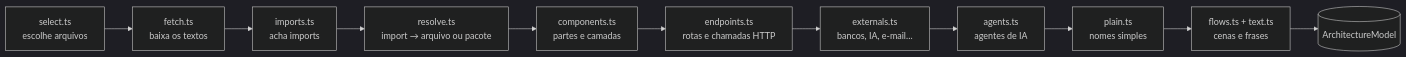
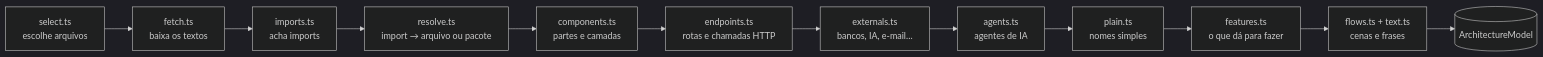
One commit to Yourdevdaniel/repartments changed the diagram in docs/analise.md. Above: the diagram before and after it, drawn with Mermaid (dark theme). The commit also changed other lines of this file and 4 other files, not shown here.

````diff
--- a/docs/analise.md
+++ b/docs/analise.md
@@ -5,13 +5,14 @@
 ```mermaid
 flowchart LR
   A[select.ts<br/>escolhe arquivos] --> B[fetch.ts<br/>baixa os textos]
   B --> C[imports.ts<br/>acha imports]
   C --> D[resolve.ts<br/>import → arquivo ou pacote]
   D --> E[components.ts<br/>partes e camadas]
   E --> F[endpoints.ts<br/>rotas e chamadas HTTP]
   F --> G[externals.ts<br/>bancos, IA, e-mail…]
   G --> H[agents.ts<br/>agentes de IA]
   H --> P[plain.ts<br/>nomes simples]
-  P --> I[flows.ts + text.ts<br/>cenas e frases]
+  P --> J[features.ts<br/>o que dá para fazer]
+  J --> I[flows.ts + text.ts<br/>cenas e frases]
   I --> M[(ArchitectureModel)]
 ```
````
